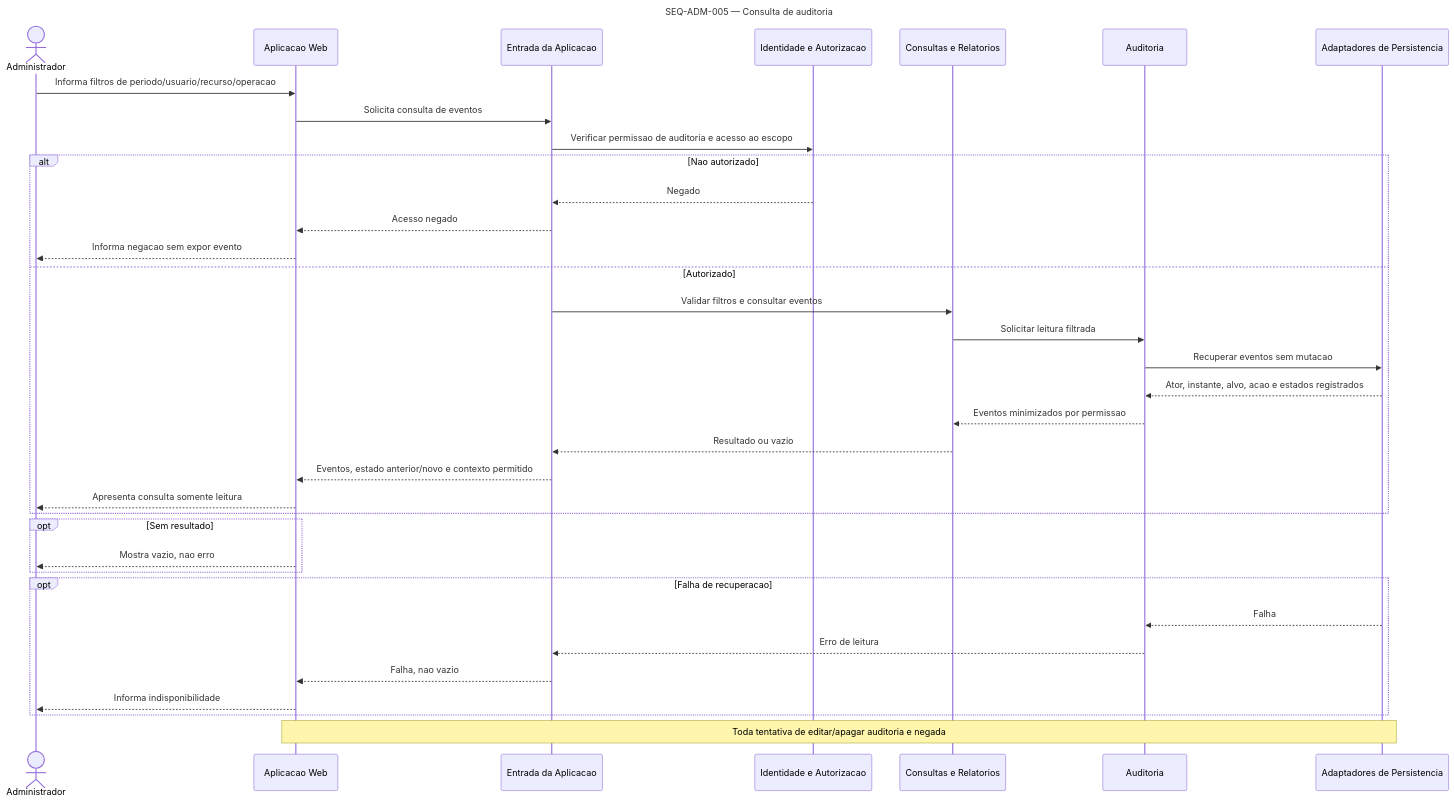
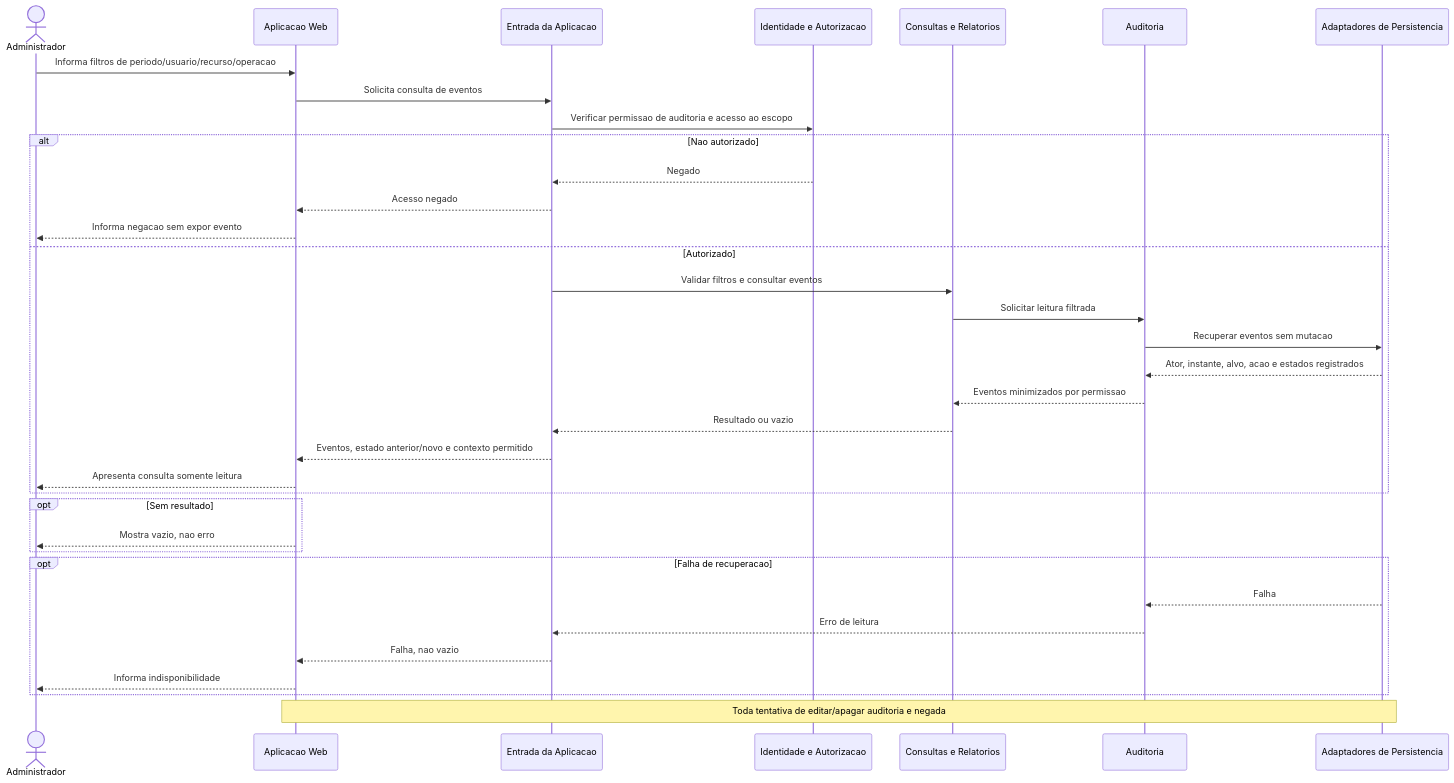
The fifth of 6 diagrams in PRD/arquitetura/uml/sequencia/ADMINISTRADOR.md (joaopaulofserafim/projeto_final_QAS), drawn with Mermaid before and after one commit. The commit also changed other lines of this file and 26 other files, not shown here.

````diff
--- a/PRD/arquitetura/uml/sequencia/ADMINISTRADOR.md
+++ b/PRD/arquitetura/uml/sequencia/ADMINISTRADOR.md
@@ -188,39 +188,39 @@
 ```mermaid
 sequenceDiagram
-    title SEQ-ADM-005 — Consulta de auditoria
+    %% SEQ-ADM-005 — Consulta de auditoria
     actor Adm as Administrador
     participant Web as Aplicacao Web
     participant Entrada as Entrada da Aplicacao
     participant Auth as Identidade e Autorizacao
     participant Relatorios as Consultas e Relatorios
     participant Auditoria as Auditoria
     participant Persistencia as Adaptadores de Persistencia
 
     Adm->>Web: Informa filtros de periodo/usuario/recurso/operacao
     Web->>Entrada: Solicita consulta de eventos
     Entrada->>Auth: Verificar permissao de auditoria e acesso ao escopo
     alt Nao autorizado
         Auth-->>Entrada: Negado
         Entrada-->>Web: Acesso negado
         Web-->>Adm: Informa negacao sem expor evento
     else Autorizado
         Entrada->>Relatorios: Validar filtros e consultar eventos
         Relatorios->>Auditoria: Solicitar leitura filtrada
         Auditoria->>Persistencia: Recuperar eventos sem mutacao
         Persistencia-->>Auditoria: Ator, instante, alvo, acao e estados registrados
         Auditoria-->>Relatorios: Eventos minimizados por permissao
         Relatorios-->>Entrada: Resultado ou vazio
         Entrada-->>Web: Eventos, estado anterior/novo e contexto permitido
         Web-->>Adm: Apresenta consulta somente leitura
     end
     opt Sem resultado
         Web-->>Adm: Mostra vazio, nao erro
     end
     opt Falha de recuperacao
         Persistencia-->>Auditoria: Falha
         Auditoria-->>Entrada: Erro de leitura
         Entrada-->>Web: Falha, nao vazio
         Web-->>Adm: Informa indisponibilidade
     end
     Note over Web,Persistencia: Toda tentativa de editar/apagar auditoria e negada
 ```
````
